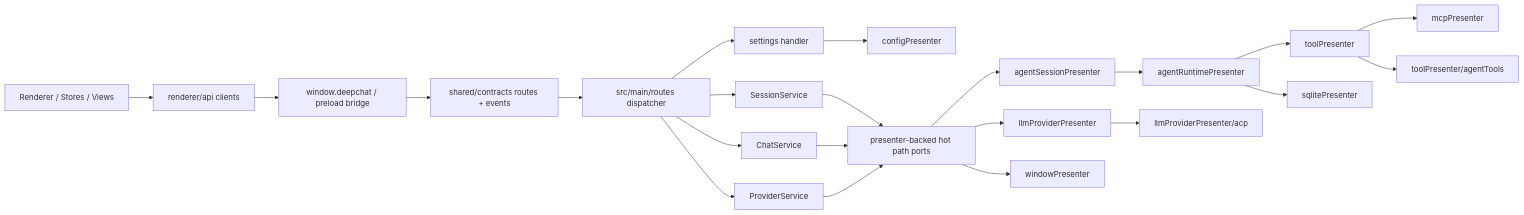
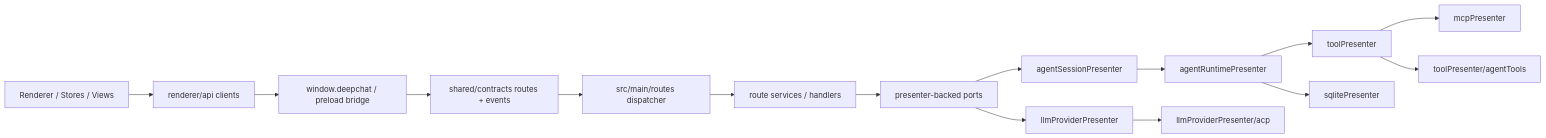
The diagram in docs/ARCHITECTURE.md (ThinkInAIXYZ/deepchat), drawn with Mermaid before and after one commit. The commit also changed other lines of this file and 426 other files, not shown here.

````diff
--- a/docs/ARCHITECTURE.md
+++ b/docs/ARCHITECTURE.md
@@ -7,24 +8,17 @@
 ```mermaid
 flowchart LR
     Renderer["Renderer / Stores / Views"] --> Client["renderer/api clients"]
     Client --> Bridge["window.deepchat / preload bridge"]
     Bridge --> Contracts["shared/contracts routes + events"]
     Contracts --> Routes["src/main/routes dispatcher"]
-    Routes --> Settings["settings handler"]
-    Routes --> Sessions["SessionService"]
-    Routes --> Chat["ChatService"]
-    Routes --> Providers["ProviderService"]
-    Settings --> Config["configPresenter"]
-    Sessions --> Ports["presenter-backed hot path ports"]
-    Chat --> Ports
-    Providers --> Ports
+    Routes --> Services["route services / handlers"]
+    Services --> Ports["presenter-backed ports"]
     Ports --> AgentSession["agentSessionPresenter"]
-    Ports --> Llm["llmProviderPresenter"]
-    Ports --> Window["windowPresenter"]
     AgentSession --> Runtime["agentRuntimePresenter"]
     Runtime --> Tool["toolPresenter"]
     Runtime --> SQLite["sqlitePresenter"]
     Tool --> Mcp["mcpPresenter"]
     Tool --> AgentTools["toolPresenter/agentTools"]
-    Llm --> Acp["llmProviderPresenter/acp"]
+    Ports --> Provider["llmProviderPresenter"]
+    Provider --> Acp["llmProviderPresenter/acp"]
 ```
````
